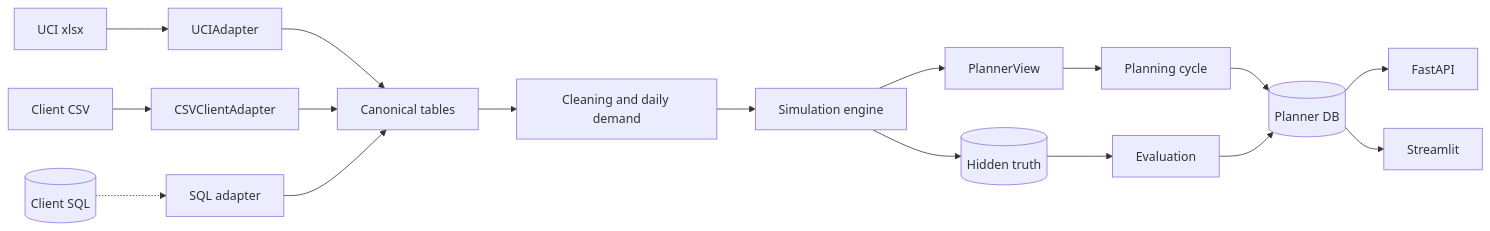
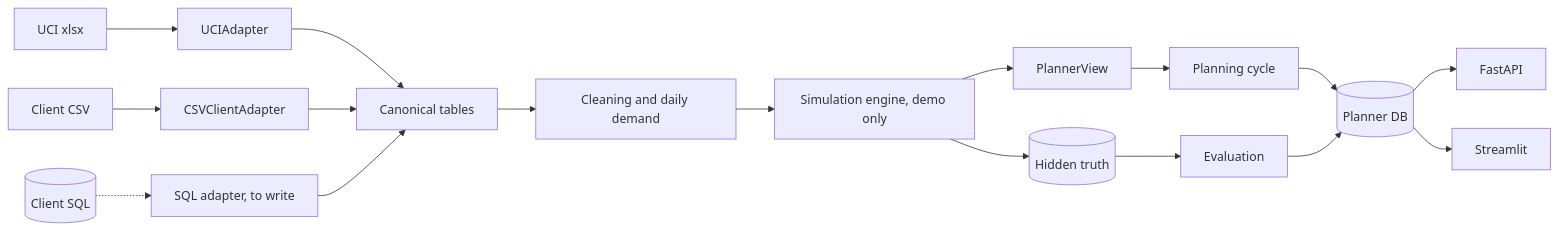
One commit to tiagomendesdantas/qstats-demand-planner changed the diagram in README.md. Above: the diagram before and after it, drawn with Mermaid. The commit also changed other lines of this file and 47 other files, not shown here.

````diff
--- a/README.md
+++ b/README.md
@@ -173,17 +222,17 @@
 ```mermaid
 flowchart LR
   UCI[UCI xlsx] --> A1[UCIAdapter]
   CSV[Client CSV] --> A2[CSVClientAdapter]
-  DBS[(Client SQL)] -.-> A3[SQL adapter]
+  DBS[(Client SQL)] -.-> A3[SQL adapter, to write]
   A1 & A2 & A3 --> C[Canonical tables]
   C --> D[Cleaning and daily demand]
-  D --> S[Simulation engine]
+  D --> S[Simulation engine, demo only]
   S --> V[PlannerView]
   S --> H[(Hidden truth)]
   V --> P[Planning cycle]
   P --> DB[(Planner DB)]
   H --> E[Evaluation]
   E --> DB
   DB --> API[FastAPI]
   DB --> UI[Streamlit]
 ```
````
